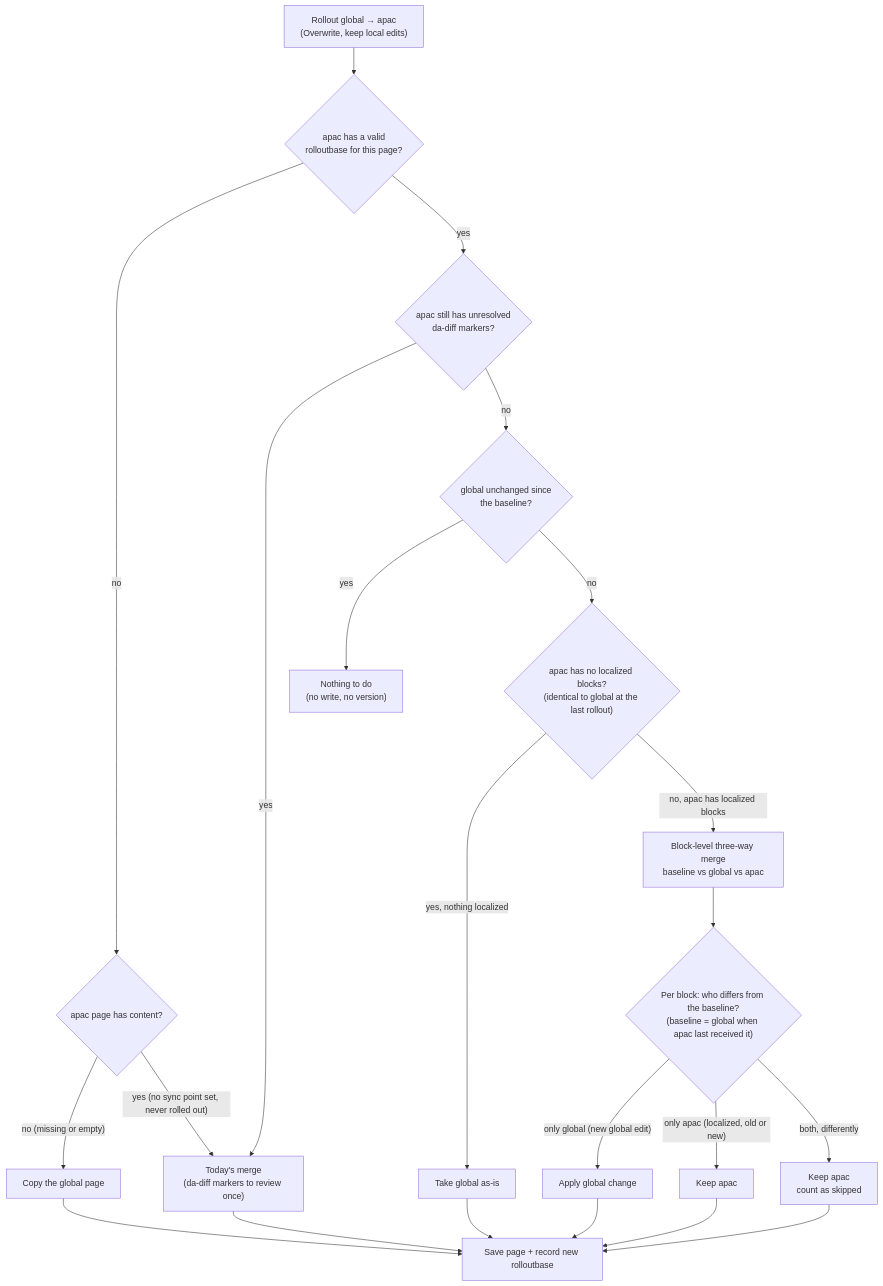
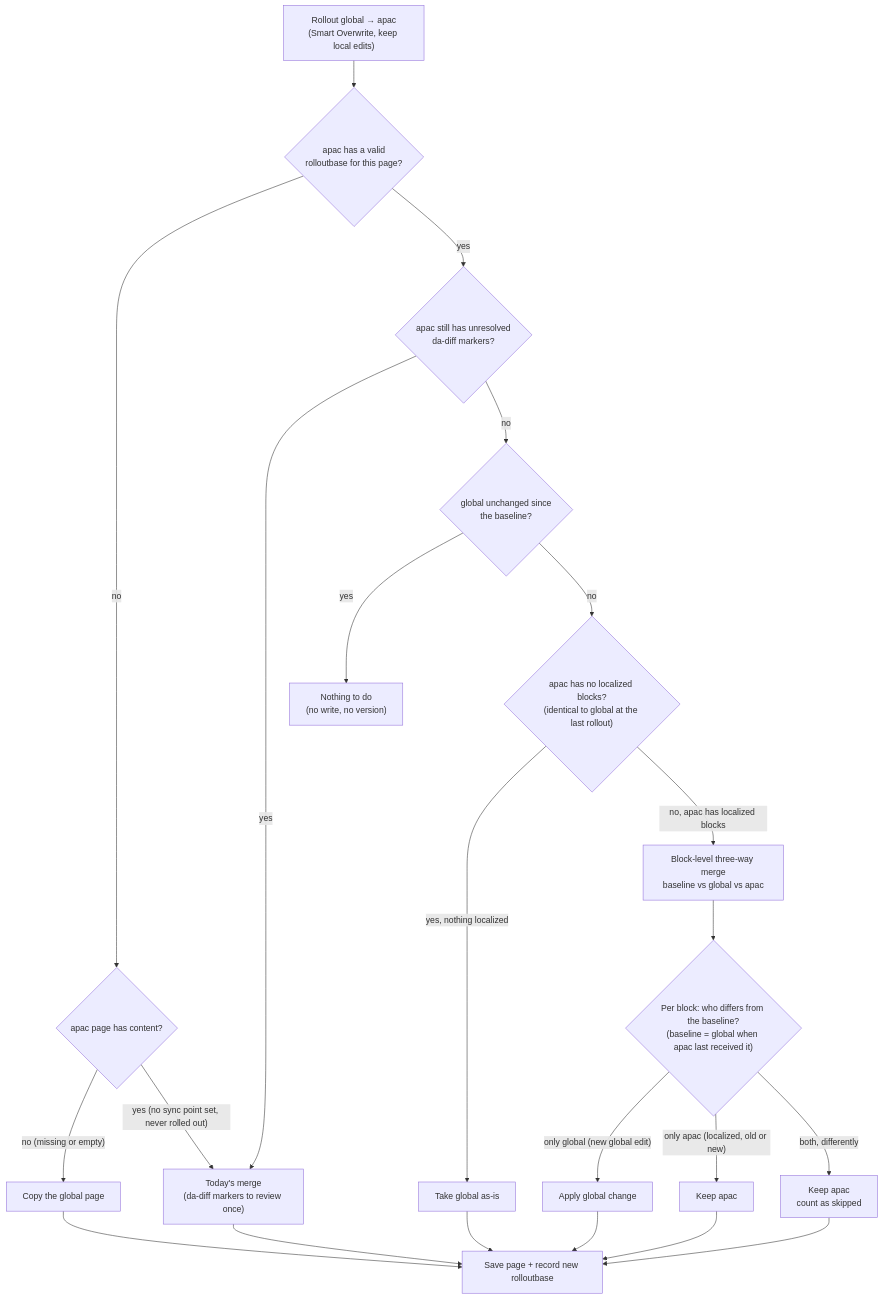
One commit to adobe/da-nx changed the diagram in docs/rollout-smart-overwrite.md. Above: the diagram before and after it, drawn with Mermaid. The commit also changed other lines of this file and 13 other files, not shown here.

````diff
--- a/docs/rollout-smart-overwrite.md
+++ b/docs/rollout-smart-overwrite.md
@@ -26,24 +26,24 @@
 ```mermaid
 flowchart TD
-  start["Rollout global → apac<br/>(Overwrite, keep local edits)"] --> base{"apac has a valid<br/>rolloutbase for this page?"}
+  start["Rollout global → apac<br/>(Smart Overwrite, keep local edits)"] --> base{"apac has a valid<br/>rolloutbase for this page?"}
   base -- "no" --> exists{"apac page has content?"}
   exists -- "no (missing or empty)" --> copy["Copy the global page"]
   exists -- "yes (no sync point set, never rolled out)" --> merge["Today's merge<br/>(da-diff markers to review once)"]
   base -- "yes" --> pending{"apac still has unresolved<br/>da-diff markers?"}
   pending -- "yes" --> merge
   pending -- "no" --> same{"global unchanged since<br/>the baseline?"}
   same -- "yes" --> nothing["Nothing to do<br/>(no write, no version)"]
   same -- "no" --> unchanged{"apac has no localized blocks?<br/>(identical to global at the last rollout)"}
   unchanged -- "yes, nothing localized" --> take["Take global as-is"]
   unchanged -- "no, apac has localized blocks" --> diff3["Block-level three-way merge<br/>baseline vs global vs apac"]
   diff3 --> who{"Per block: who differs from the baseline?<br/>(baseline = global when apac last received it)"}
   who -- "only global (new global edit)" --> apply["Apply global change"]
   who -- "only apac (localized, old or new)" --> keep["Keep apac"]
   who -- "both, differently" --> skip["Keep apac<br/>count as skipped"]
   copy --> save["Save page + record new rolloutbase"]
   merge --> save
   take --> save
   apply --> save
   keep --> save
   skip --> save
 ```
````
